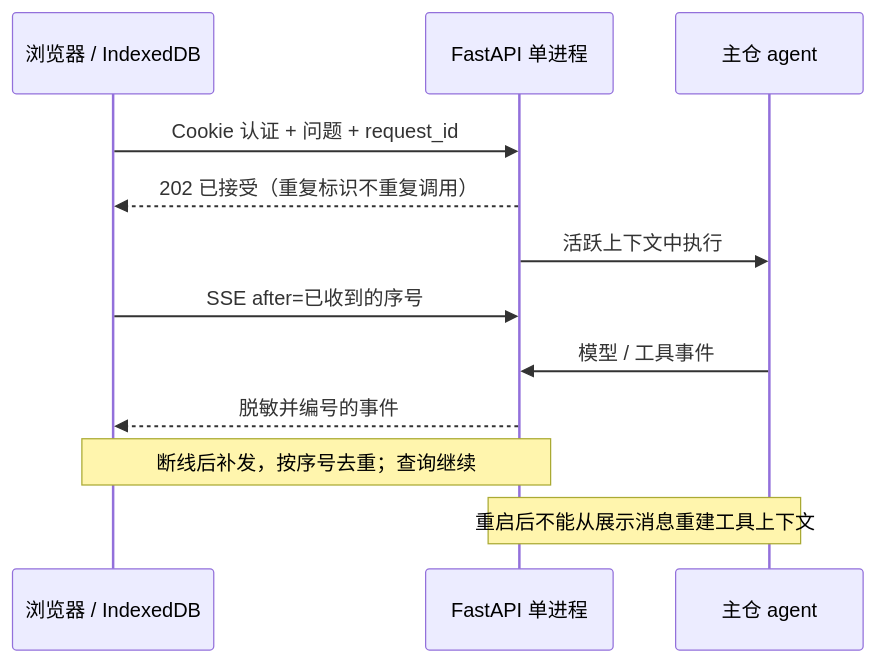
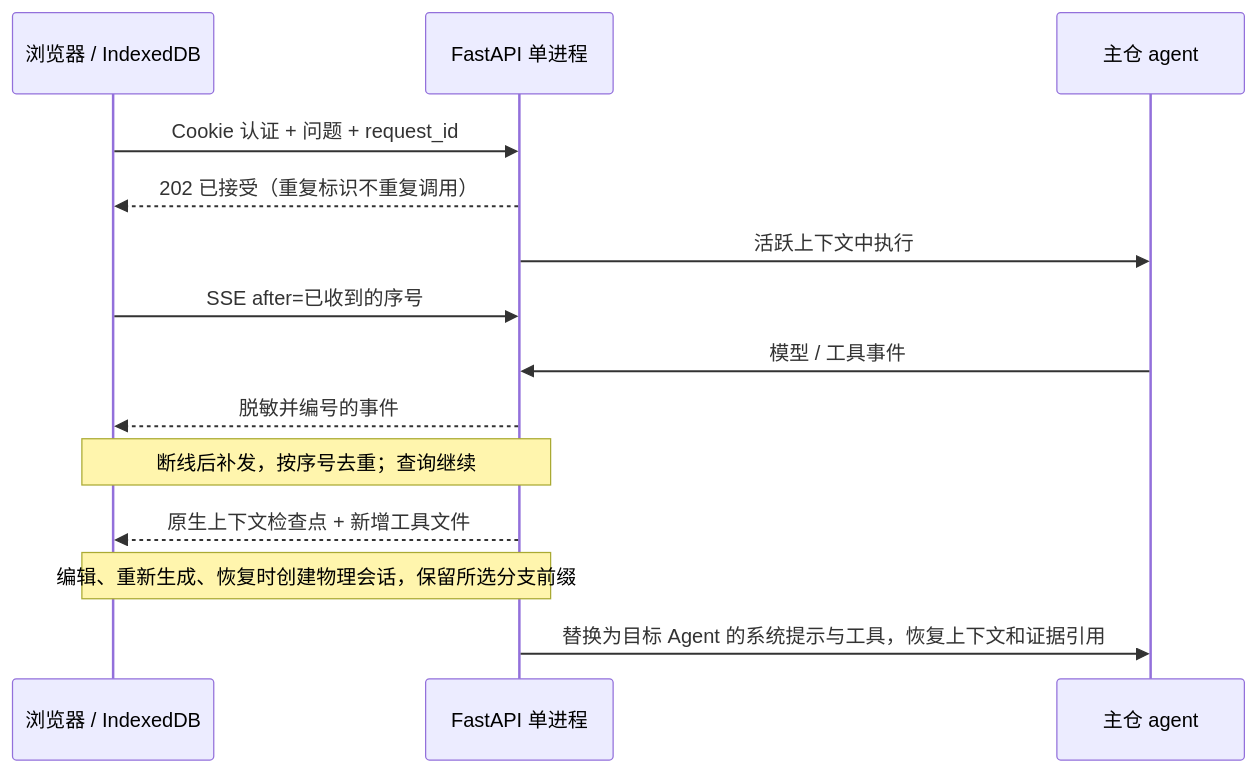
One commit to Delva0/gh-puller changed the diagram in apps/agent-chat/README.md. Above: the diagram before and after it, drawn with Mermaid. The commit also changed other lines of this file and 22 other files, not shown here.

Commit message:
Add portable Agent Chat branches and configurable browser controls

````diff
--- a/apps/agent-chat/README.md
+++ b/apps/agent-chat/README.md
@@ -53,14 +53,16 @@
 ```mermaid
 sequenceDiagram
   participant Browser as 浏览器 / IndexedDB
   participant API as FastAPI 单进程
   participant Agent as 主仓 agent
   Browser->>API: Cookie 认证 + 问题 + request_id
   API-->>Browser: 202 已接受（重复标识不重复调用）
   API->>Agent: 活跃上下文中执行
   Browser->>API: SSE after=已收到的序号
   Agent->>API: 模型 / 工具事件
   API-->>Browser: 脱敏并编号的事件
   Note over Browser,API: 断线后补发，按序号去重；查询继续
-  Note over API,Agent: 重启后不能从展示消息重建工具上下文
+  API-->>Browser: 原生上下文检查点 + 新增工具文件
+  Note over Browser,API: 编辑、重新生成、恢复时创建物理会话，保留所选分支前缀
+  API->>Agent: 替换为目标 Agent 的系统提示与工具，恢复上下文和证据引用
 ```
````
